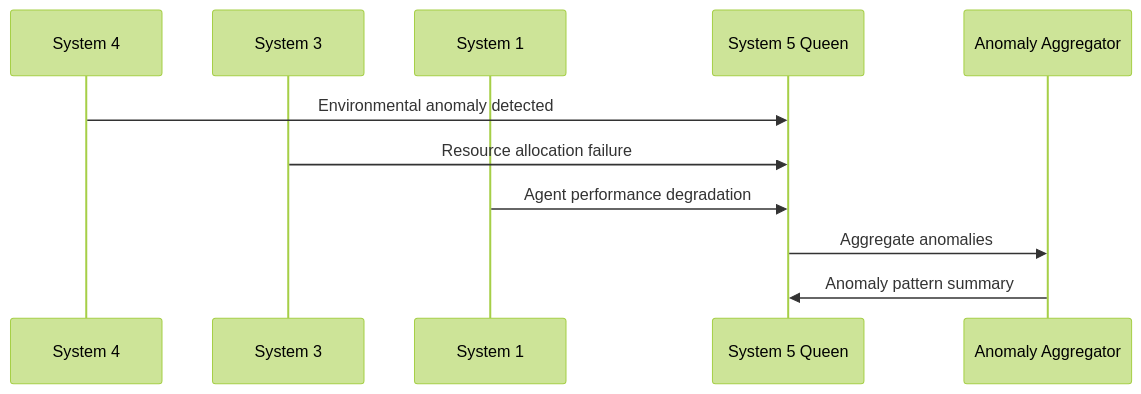
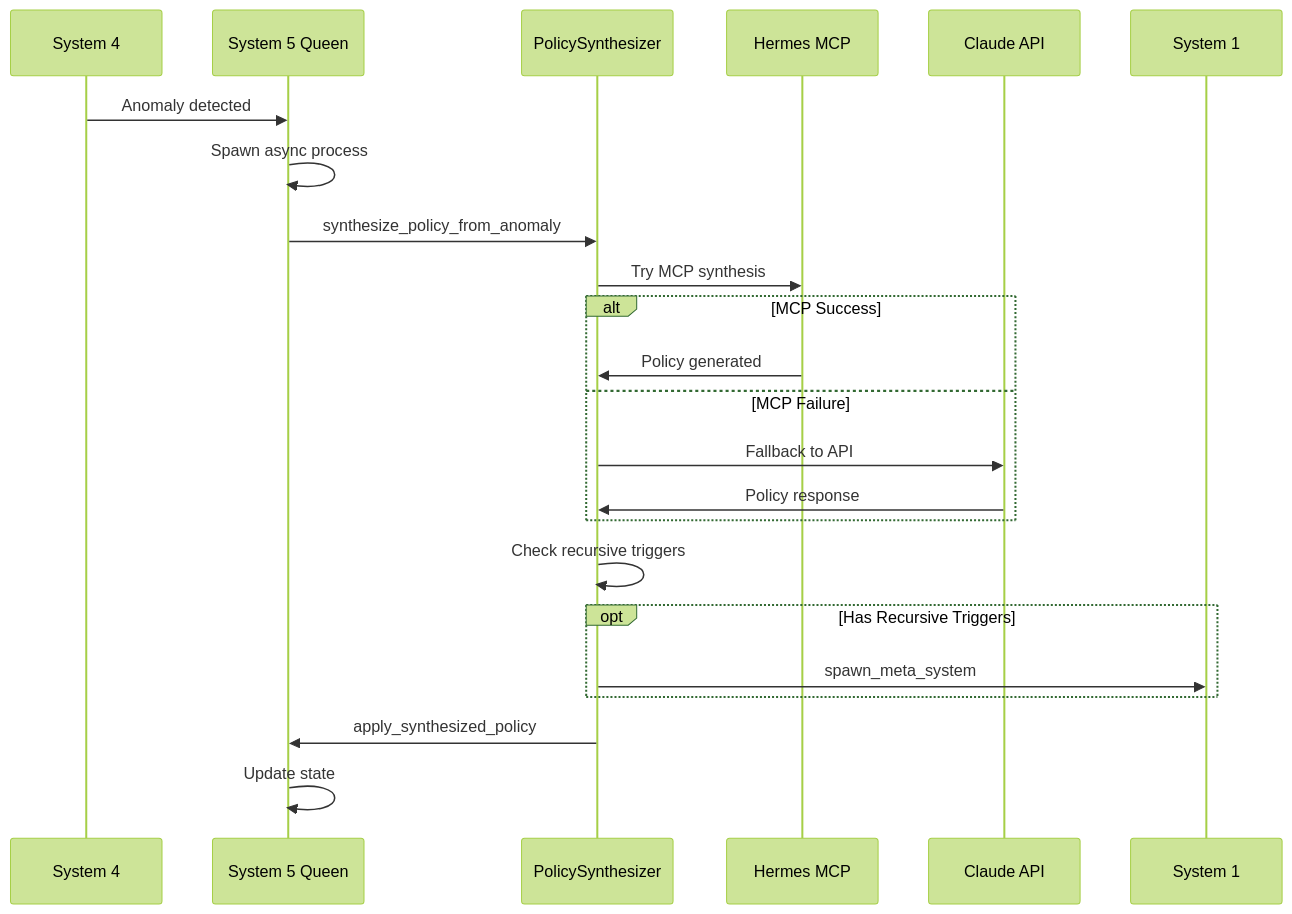
One commit to jmanhype/vsm-phoenix-app changed the second of 2 diagrams in docs/diagrams/03_policy_synthesis.md. Above: the diagram before and after it, drawn with Mermaid (forest theme). The commit also changed other lines of this file and 8 other files, not shown here.

First line of the commit message:
Merge all actual diagrams into original files and remove duplicates

````diff
--- a/docs/diagrams/03_policy_synthesis.md
+++ b/docs/diagrams/03_policy_synthesis.md
@@ -146,14 +233,26 @@
 ```mermaid
 sequenceDiagram
     participant S4 as System 4
-    participant S3 as System 3
+    participant Queen as System 5 Queen
+    participant PS as PolicySynthesizer
+    participant Hermes as Hermes MCP
+    participant Claude as Claude API
     participant S1 as System 1
-    participant Queen as System 5 Queen
-    participant Agg as Anomaly Aggregator
 
-    S4->>Queen: Environmental anomaly detected
-    S3->>Queen: Resource allocation failure
-    S1->>Queen: Agent performance degradation
-    Queen->>Agg: Aggregate anomalies
-    Agg->>Queen: Anomaly pattern summary
+    S4->>Queen: Anomaly detected
+    Queen->>Queen: Spawn async process
+    Queen->>PS: synthesize_policy_from_anomaly
+    PS->>Hermes: Try MCP synthesis
+    alt MCP Success
+        Hermes->>PS: Policy generated
+    else MCP Failure
+        PS->>Claude: Fallback to API
+        Claude->>PS: Policy response
+    end
+    PS->>PS: Check recursive triggers
+    opt Has Recursive Triggers
+        PS->>S1: spawn_meta_system
+    end
+    PS->>Queen: apply_synthesized_policy
+    Queen->>Queen: Update state
 ```
````
